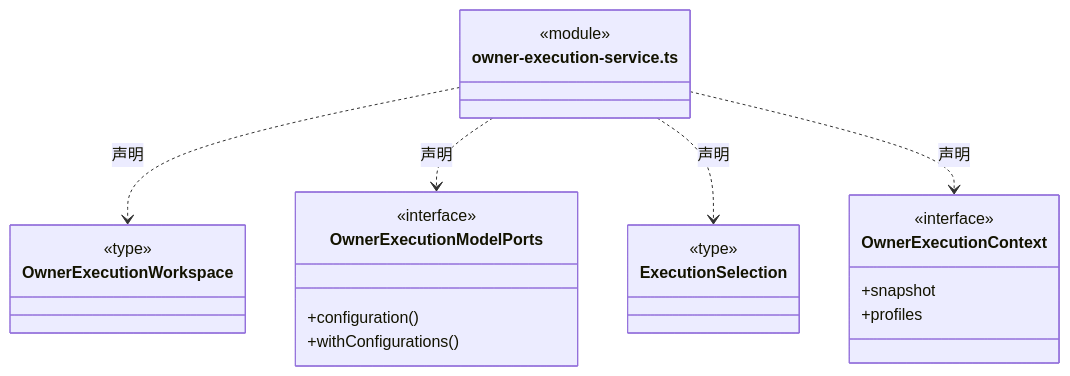
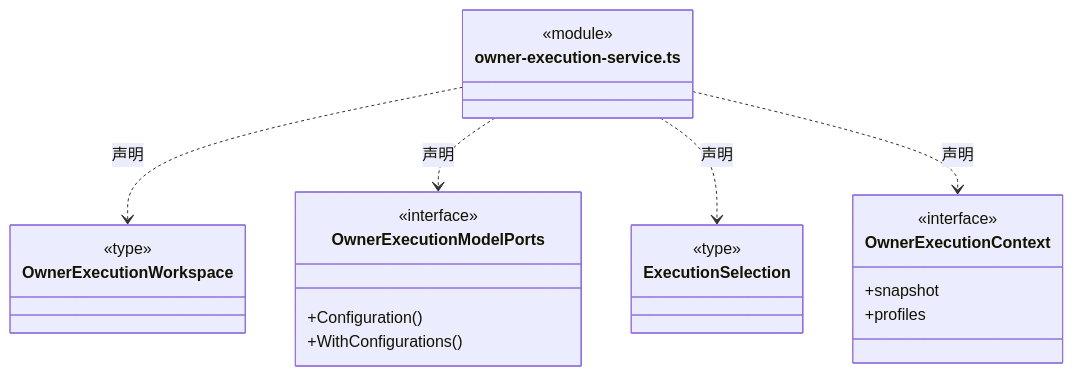
One commit to nan023062/cbim changed diagram 12 of 15 in src/logic/dispatch/runtime/ARCHITECTURE.md. Above: the diagram before and after it, drawn with Mermaid. The commit also changed other lines of this file and 1035 other files, not shown here.

````diff
--- a/src/logic/dispatch/runtime/ARCHITECTURE.md
+++ b/src/logic/dispatch/runtime/ARCHITECTURE.md
@@ -340,28 +340,28 @@
 ```mermaid
 classDiagram
 class N_src_logic_dispatch_runtime_owner_execution_service_ts["owner-execution-service.ts"] {
   <<module>>
 }
 class N_src_logic_dispatch_runtime_owner_execution_service_ts_OwnerExecutionWorkspace["OwnerExecutionWorkspace"] {
   <<type>>
 
 }
 N_src_logic_dispatch_runtime_owner_execution_service_ts ..> N_src_logic_dispatch_runtime_owner_execution_service_ts_OwnerExecutionWorkspace : 声明
 class N_src_logic_dispatch_runtime_owner_execution_service_ts_OwnerExecutionModelPorts["OwnerExecutionModelPorts"] {
   <<interface>>
-  +configuration()
-  +withConfigurations()
+  +Configuration()
+  +WithConfigurations()
 }
 N_src_logic_dispatch_runtime_owner_execution_service_ts ..> N_src_logic_dispatch_runtime_owner_execution_service_ts_OwnerExecutionModelPorts : 声明
 class N_src_logic_dispatch_runtime_owner_execution_service_ts_ExecutionSelection["ExecutionSelection"] {
   <<type>>
 
 }
 N_src_logic_dispatch_runtime_owner_execution_service_ts ..> N_src_logic_dispatch_runtime_owner_execution_service_ts_ExecutionSelection : 声明
 class N_src_logic_dispatch_runtime_owner_execution_service_ts_OwnerExecutionContext["OwnerExecutionContext"] {
   <<interface>>
   +snapshot
   +profiles
 }
 N_src_logic_dispatch_runtime_owner_execution_service_ts ..> N_src_logic_dispatch_runtime_owner_execution_service_ts_OwnerExecutionContext : 声明
 ```
````
